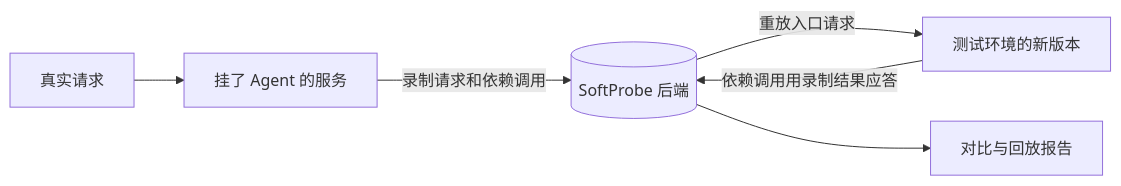
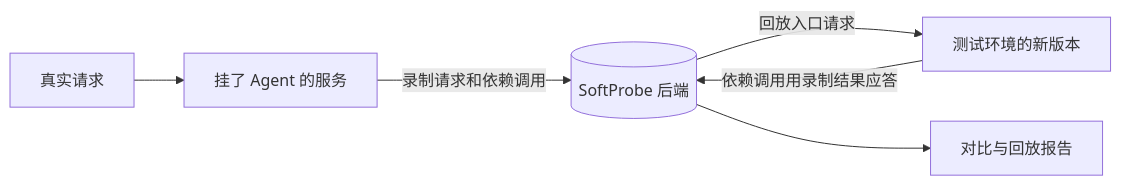
Before and after one commit to softprobe/document-website: the diagram in zh/testing/index.md, drawn with Mermaid. The commit also changed other lines of this file and 15 other files, not shown here.

````diff
--- a/zh/testing/index.md
+++ b/zh/testing/index.md
@@ -19,8 +19,8 @@
 ```mermaid
 flowchart LR
   A[真实请求] --> B[挂了 Agent 的服务]
   B -->|录制请求和依赖调用| C[(SoftProbe 后端)]
-  C -->|重放入口请求| D[测试环境的新版本]
+  C -->|回放入口请求| D[测试环境的新版本]
   D -->|依赖调用用录制结果应答| C
   C --> E[对比与回放报告]
 ```
````
